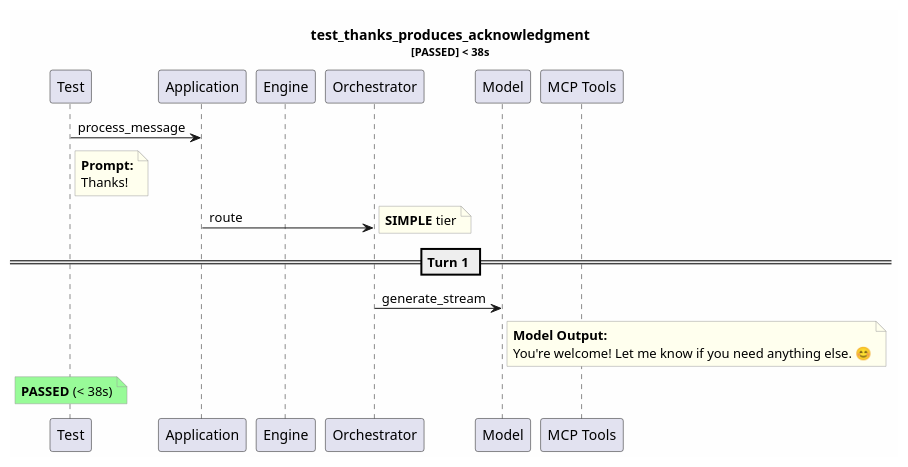
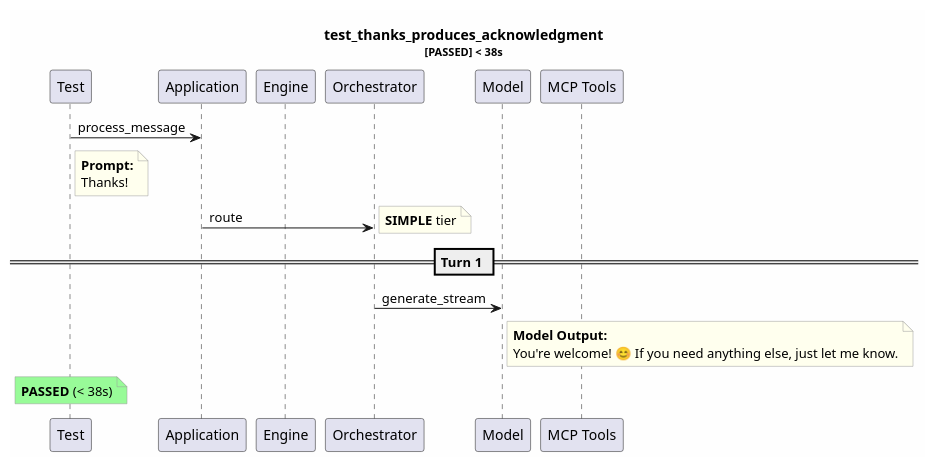
One commit to tvanfossen/entropic changed the diagram in test-reports/logs/test_thanks_produces_acknowledgment/test_thanks_produces_acknowledgment.puml. Above: the diagram before and after it, drawn with PlantUML. The commit also changed 25 other files, not shown here.

```diff
--- a/test-reports/logs/test_thanks_produces_acknowledgment/test_thanks_produces_acknowledgment.puml
+++ b/test-reports/logs/test_thanks_produces_acknowledgment/test_thanks_produces_acknowledgment.puml
@@ -1,31 +1,31 @@
 @startuml
 skinparam backgroundColor #FEFEFE
 skinparam noteBorderColor #999999
 skinparam noteBackgroundColor #FFFFEE
 title test_thanks_produces_acknowledgment\n<size:11>[PASSED] < 38s</size>
 
 participant "Test" as T
 participant "Application" as App
 participant "Engine" as Eng
 participant "Orchestrator" as Orch
 participant "Model" as Mdl
 participant "MCP Tools" as MCP
 
 T -> App: process_message
 note right of T
   **Prompt:**
   Thanks!
 end note
 App -> Orch: route
 note right: **SIMPLE** tier
 == Turn 1 ==
 Orch -> Mdl: generate_stream
 note right of Mdl
   **Model Output:**
-  You're welcome! Let me know if you need anything else. 😊
+  You're welcome! 😊 If you need anything else, just let me know.
 end note
 note over T #palegreen
   **PASSED** (< 38s)
 end note
 
 @enduml
```
